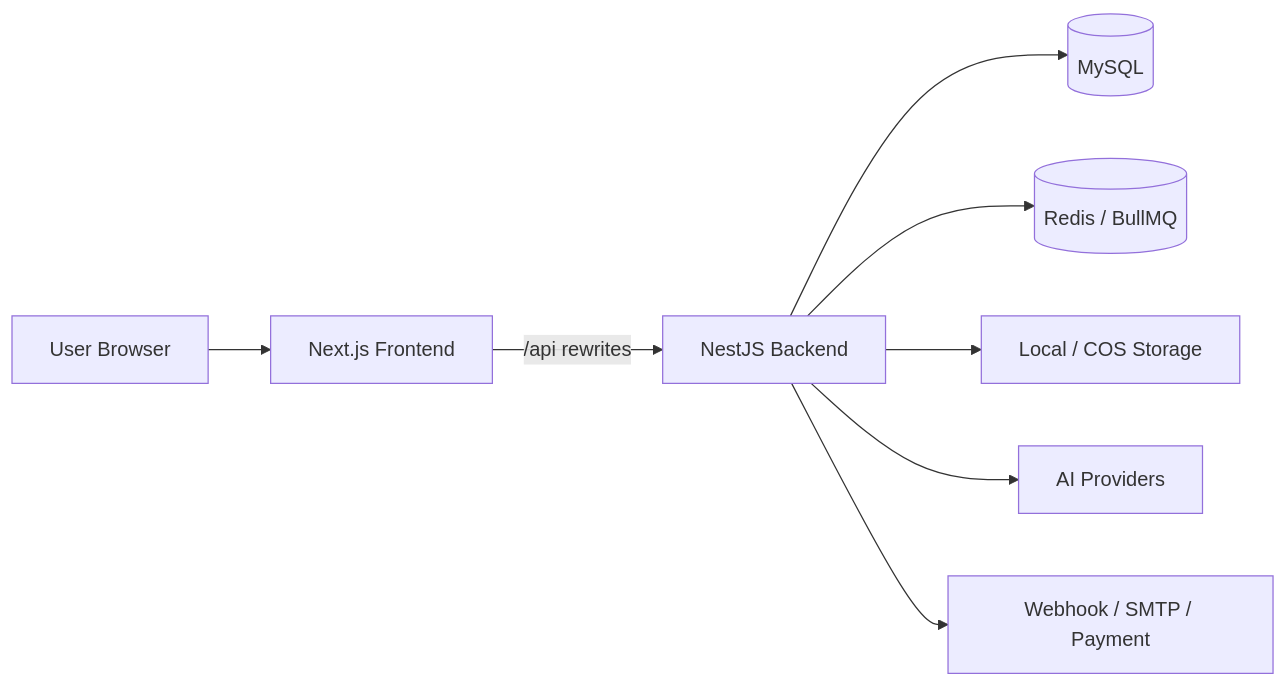
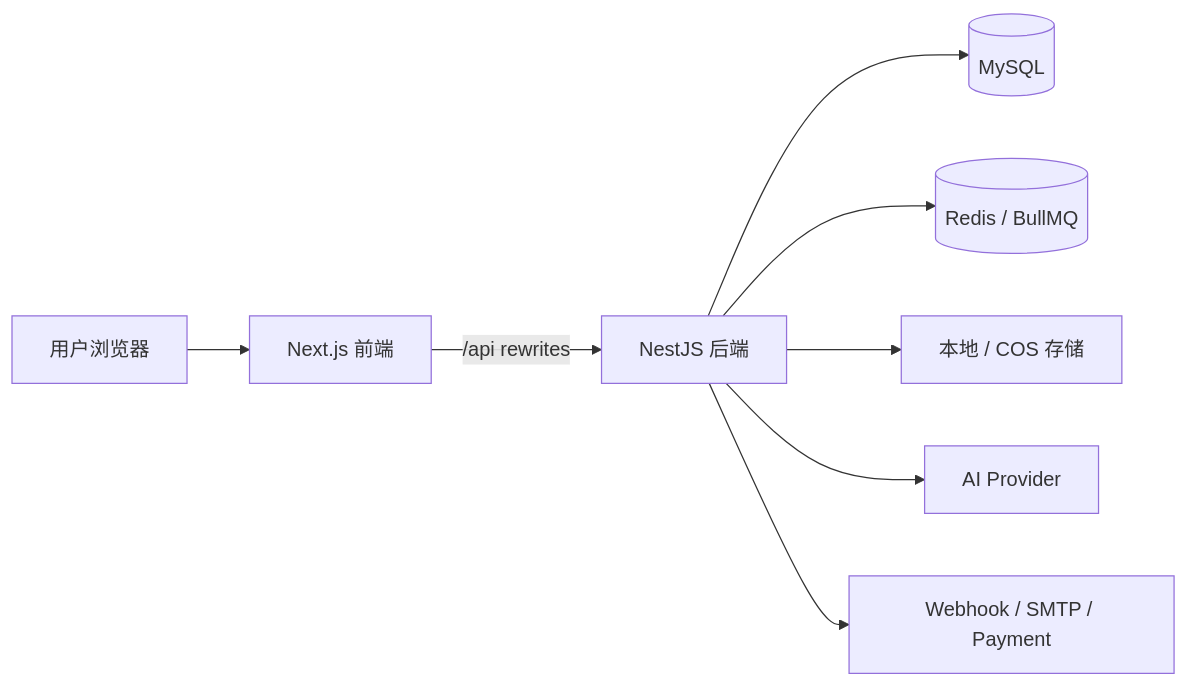
The diagram in README.md (hjxwz123/flowmuse), drawn with Mermaid before and after one commit. The commit also changed other lines of this file and 1 other file, not shown here.

Commit message:
Update FlowMuse Docker deployment docs

````diff
--- a/README.md
+++ b/README.md
@@ -69,10 +69,10 @@
 ```mermaid
 graph LR
-  U[User Browser] --> F[Next.js Frontend]
-  F -->|/api rewrites| B[NestJS Backend]
+  U[用户浏览器] --> F[Next.js 前端]
+  F -->|/api rewrites| B[NestJS 后端]
   B --> DB[(MySQL)]
   B --> R[(Redis / BullMQ)]
-  B --> S[Local / COS Storage]
-  B --> AI[AI Providers]
+  B --> S[本地 / COS 存储]
+  B --> AI[AI Provider]
   B --> W[Webhook / SMTP / Payment]
 ```
````
